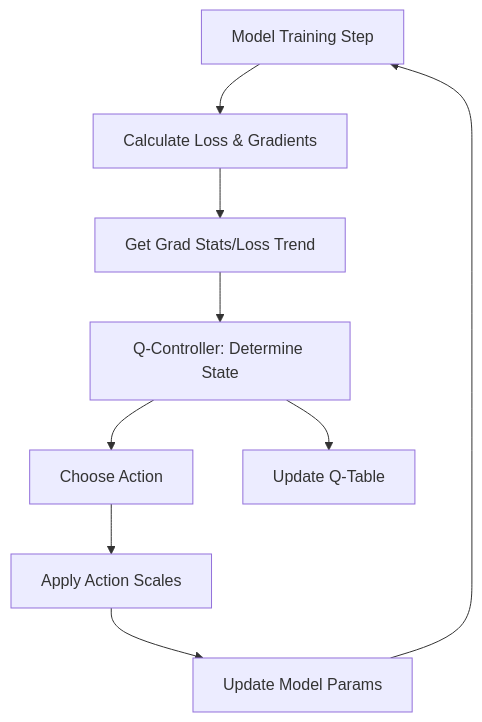
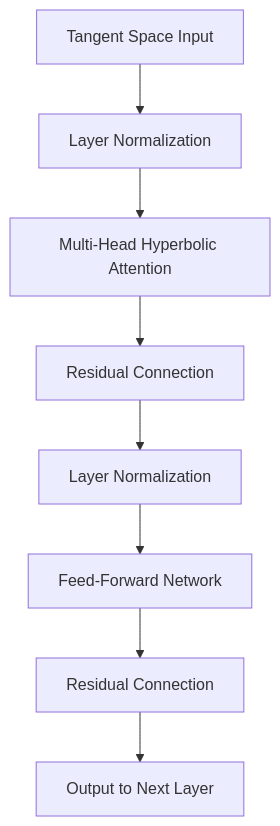
One commit to waefrebeorn/bytropix changed the fifth of 7 diagrams in README.md. Above: the diagram before and after it, drawn with Mermaid. The commit also changed other lines of this file and 9 other files, not shown here.

````diff
--- a/README.md
+++ b/README.md
@@ -108,11 +96,10 @@
 ```mermaid
 graph TD;
-    A[Model Training Step]-->B[Calculate Loss & Gradients];
-    B-->C[Get Grad Stats/Loss Trend];
-    C-->D[Q-Controller: Determine State];
-    D-->E[Choose Action];
-    D-->H[Update Q-Table];
-    E-->F[Apply Action Scales];
-    F-->G[Update Model Params];
-    G-->A;
+    A[Tangent Space Input] --> B[Layer Normalization];
+    B --> C[Multi-Head Hyperbolic Attention];
+    C --> D[Residual Connection];
+    D --> E[Layer Normalization];
+    E --> F[Feed-Forward Network];
+    F --> G[Residual Connection];
+    G --> H[Output to Next Layer];
 ```
````
